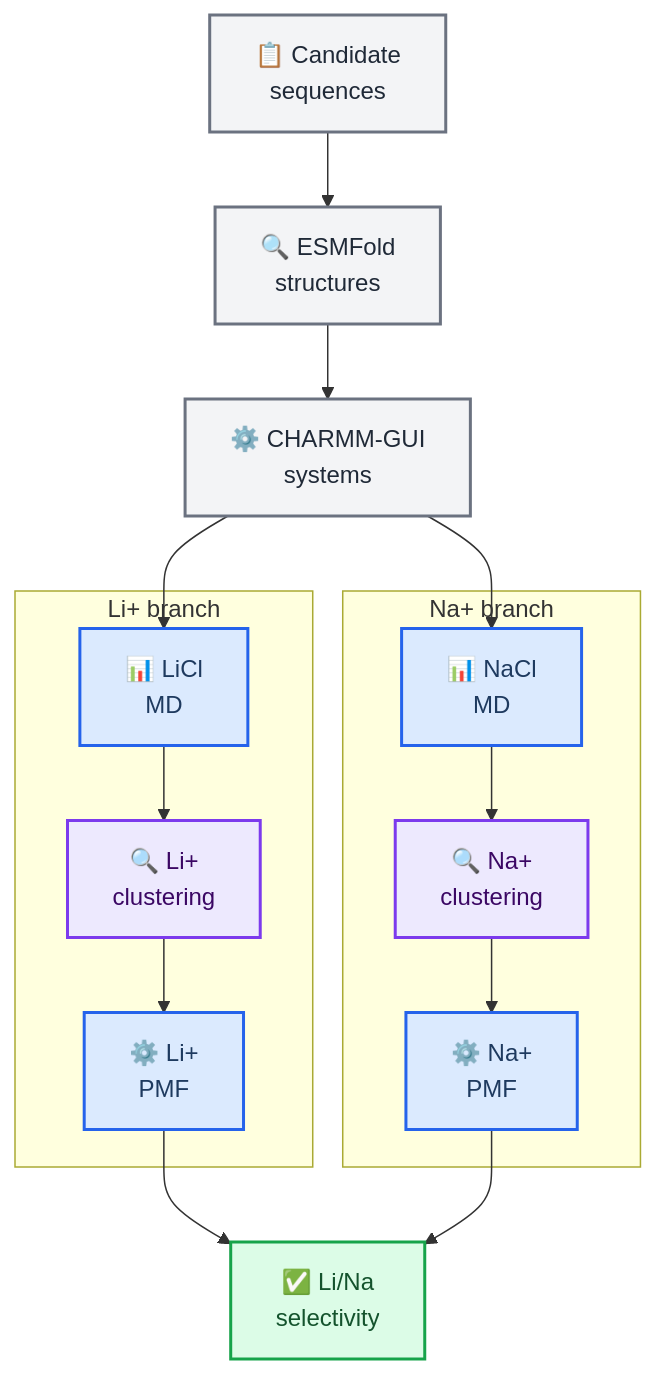
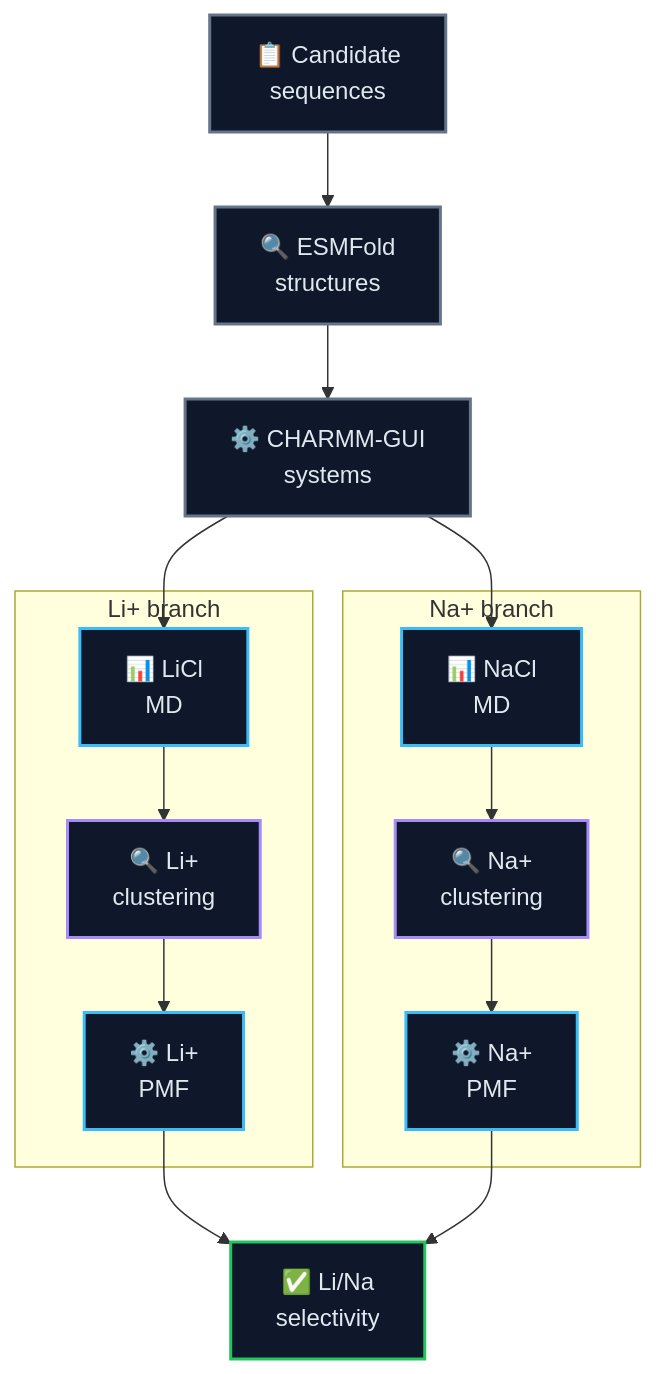
One commit to jackyissocute/LiSPER changed the third of 5 diagrams in README.md. Above: the diagram before and after it, drawn with Mermaid. The commit also changed other lines of this file and 10 other files, not shown here.

````diff
--- a/README.md
+++ b/README.md
@@ -337,42 +343,42 @@
 ```mermaid
 flowchart TD
     accTitle: Computational Discovery Pipeline
     accDescr: The computational workflow keeps LiCl and NaCl systems parallel so the final PMF comparison supports Li over Na selectivity ranking.
 
     sequences["📋 Candidate<br/>sequences"]
     structures["🔍 ESMFold<br/>structures"]
     systems["⚙️ CHARMM-GUI<br/>systems"]
 
     subgraph li_branch["Li+ branch"]
         li_md["📊 LiCl<br/>MD"]
         li_cluster["🔍 Li+<br/>clustering"]
         li_pmf["⚙️ Li+<br/>PMF"]
     end
 
     subgraph na_branch["Na+ branch"]
         na_md["📊 NaCl<br/>MD"]
         na_cluster["🔍 Na+<br/>clustering"]
         na_pmf["⚙️ Na+<br/>PMF"]
     end
 
     ranking["✅ Li/Na<br/>selectivity"]
 
     sequences --> structures
     structures --> systems
     systems --> li_md
     systems --> na_md
     li_md --> li_cluster --> li_pmf
     na_md --> na_cluster --> na_pmf
     li_pmf --> ranking
     na_pmf --> ranking
 
-    classDef input fill:#f3f4f6,stroke:#6b7280,stroke-width:2px,color:#1f2937
-    classDef simulation fill:#dbeafe,stroke:#2563eb,stroke-width:2px,color:#1e3a5f
-    classDef analysis fill:#ede9fe,stroke:#7c3aed,stroke-width:2px,color:#3b0764
-    classDef result fill:#dcfce7,stroke:#16a34a,stroke-width:2px,color:#14532d
+    classDef input fill:#0F172A,stroke:#64748B,stroke-width:2px,color:#E2E8F0
+    classDef simulation fill:#0F172A,stroke:#38BDF8,stroke-width:2px,color:#E2E8F0
+    classDef analysis fill:#0F172A,stroke:#A78BFA,stroke-width:2px,color:#E2E8F0
+    classDef result fill:#0F172A,stroke:#22C55E,stroke-width:2px,color:#E2E8F0
 
     class sequences,structures,systems input
     class li_md,na_md,li_pmf,na_pmf simulation
     class li_cluster,na_cluster analysis
     class ranking result
 ```
````
